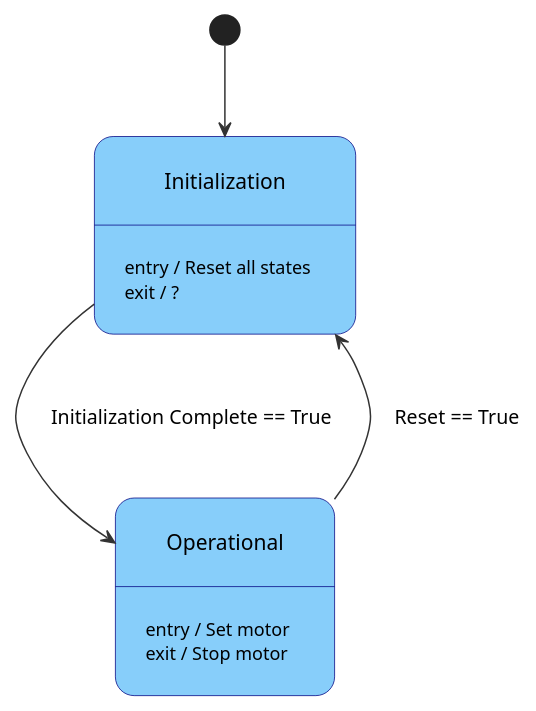
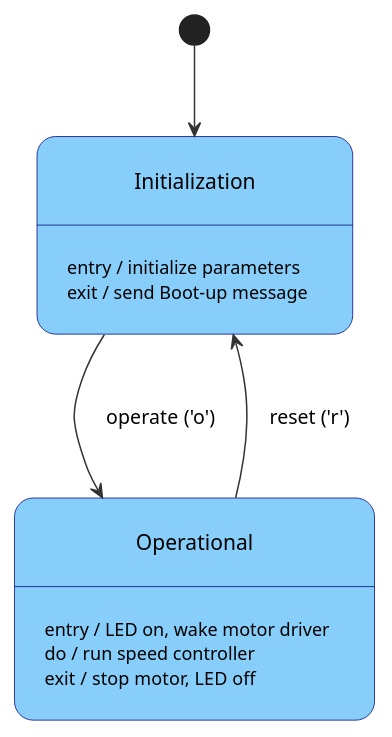
Before and after one commit to olisteinn/Project3: the diagram in Part_1/docs/diagrams/src/state_part1.wsd, drawn with PlantUML. The commit also changed 2 other files, not shown here.

Commit message:
inititialsation and diagram update

```diff
--- a/Part_1/docs/diagrams/src/state_part1.wsd
+++ b/Part_1/docs/diagrams/src/state_part1.wsd
@@ -1,26 +1,28 @@
 @startuml state_machine
 skinparam defaultTextAlignment center
 skinparam ArrowColor #333333
 skinparam StateBackgroundColor LightSkyBlue
 skinparam StateBorderColor Navy
 skinparam Padding 15
 
+
 [*] --> Initialization
 
 state Initialization {
-Initialization : entry / Reset all states
-Initialization : exit / ?
+Initialization : entry / initialize parameters
+Initialization : exit / send Boot-up message
 }
 
 state Operational {
-Operational : entry / Set motor
-Operational : exit / Stop motor
+Operational : entry / LED on, wake motor driver
+Operational : do / run speed controller
+Operational : exit / stop motor, LED off
 }
 
 ' Main flow
-Initialization --> Operational : Initialization Complete == True
+Initialization --> Operational : operate ('o')
 
 ' Reset path
-Operational -up-> Initialization : Reset == True
+Operational -up-> Initialization : reset ('r')
 
 @enduml
```
